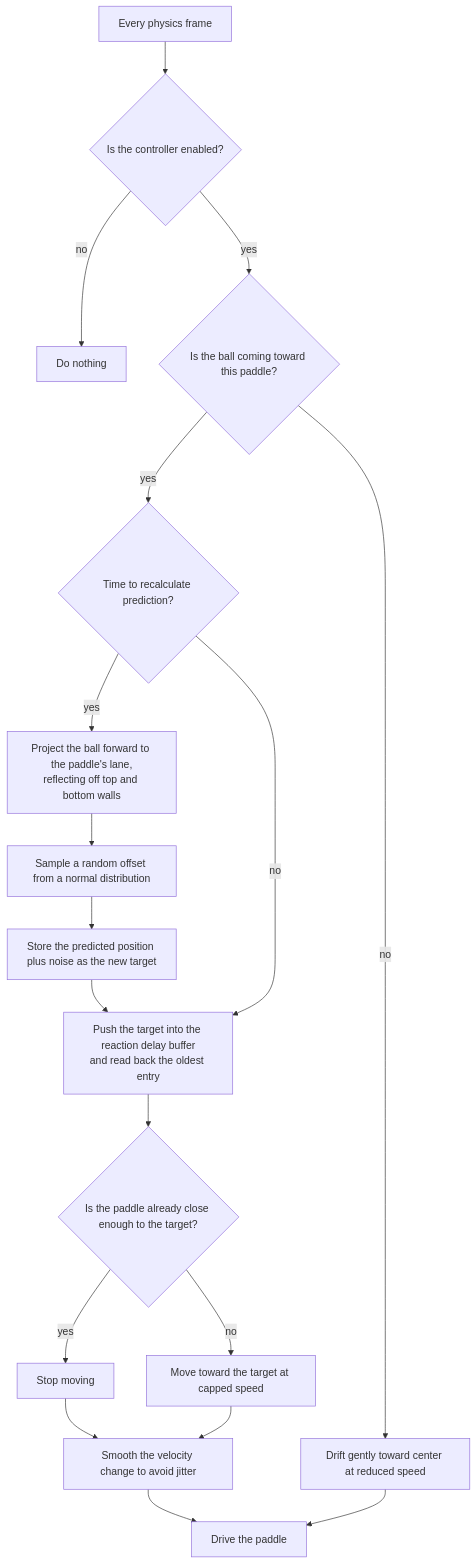
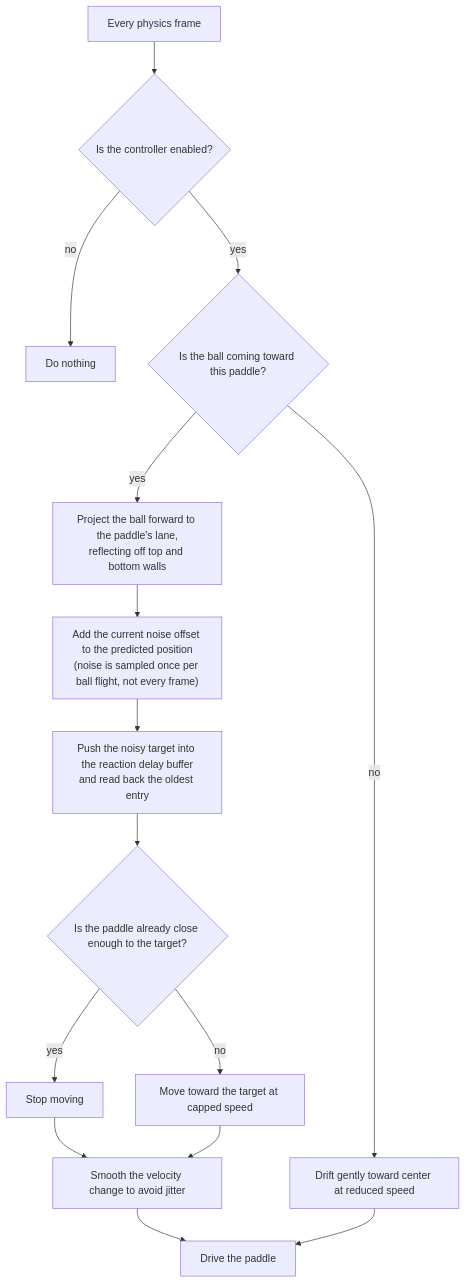
Before and after one commit to shuck-dev/volley: the second of 2 diagrams in designs/01-prototype/17-partner-ai.md, drawn with Mermaid. The commit also changed other lines of this file and 1 other file, not shown here.

Commit message:
SH-61 docs: review 2

````diff
--- a/designs/01-prototype/17-partner-ai.md
+++ b/designs/01-prototype/17-partner-ai.md
@@ -132,23 +132,19 @@
 ```mermaid
 flowchart TD
     Start[Every physics frame] --> Enabled{Is the controller enabled?}
     Enabled -->|no| Skip[Do nothing]
     Enabled -->|yes| Direction{Is the ball coming toward this paddle?}
 
-    Direction -->|yes| Interval{Time to recalculate prediction?}
-    Interval -->|yes| Predict["Project the ball forward to the paddle's lane,<br/>reflecting off top and bottom walls"]
-    Predict --> Noise["Sample a random offset from a normal distribution"]
-    Noise --> Store[Store the predicted position plus noise as the new target]
-    Store --> Buffer
-    Interval -->|no| Buffer
-
-    Buffer["Push the target into the reaction delay buffer<br/>and read back the oldest entry"] --> Snap{Is the paddle already close enough to the target?}
+    Direction -->|yes| Predict["Project the ball forward to the paddle's lane,<br/>reflecting off top and bottom walls"]
+    Predict --> AddNoise["Add the current noise offset to the predicted position<br/>(noise is sampled once per ball flight, not every frame)"]
+    AddNoise --> Buffer["Push the noisy target into the reaction delay buffer<br/>and read back the oldest entry"]
+    Buffer --> Snap{Is the paddle already close enough to the target?}
     Snap -->|yes| Zero[Stop moving]
     Snap -->|no| Cap["Move toward the target at capped speed"]
     Zero --> Lerp["Smooth the velocity change to avoid jitter"]
     Cap --> Lerp
     Lerp --> Drive["Drive the paddle"]
 
     Direction -->|no| Drift["Drift gently toward center at reduced speed"]
     Drift --> Drive
 ```
````
